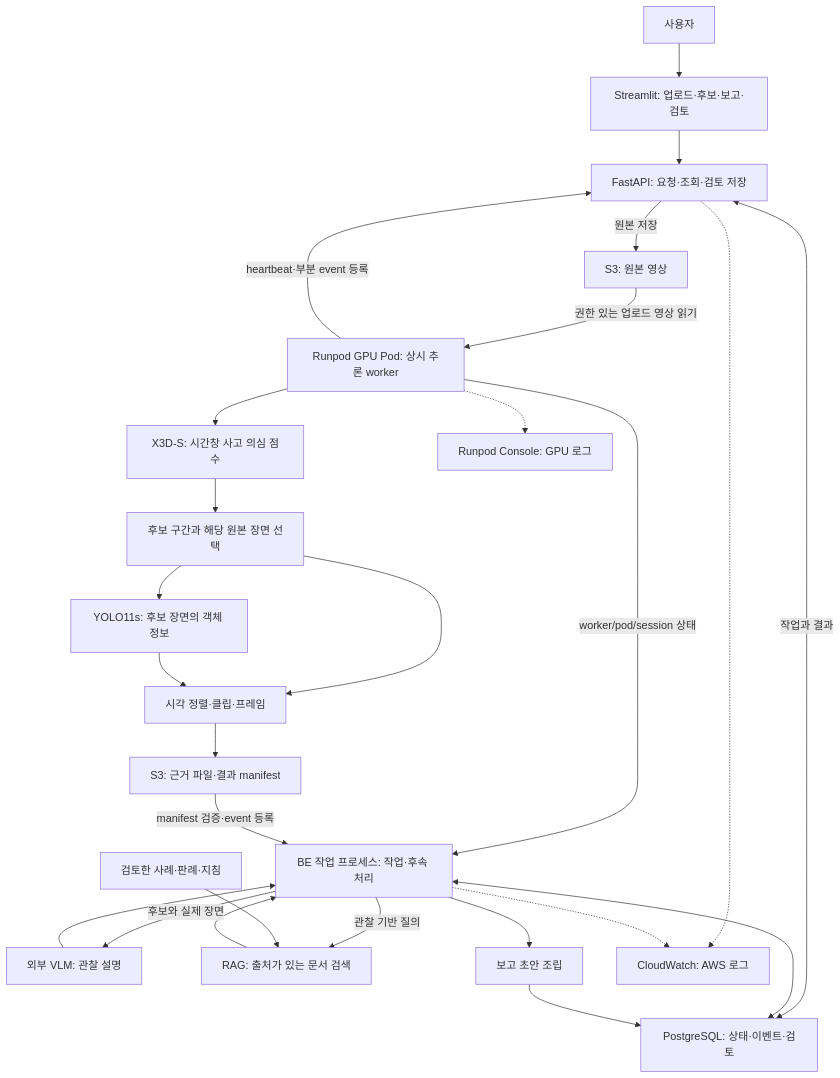
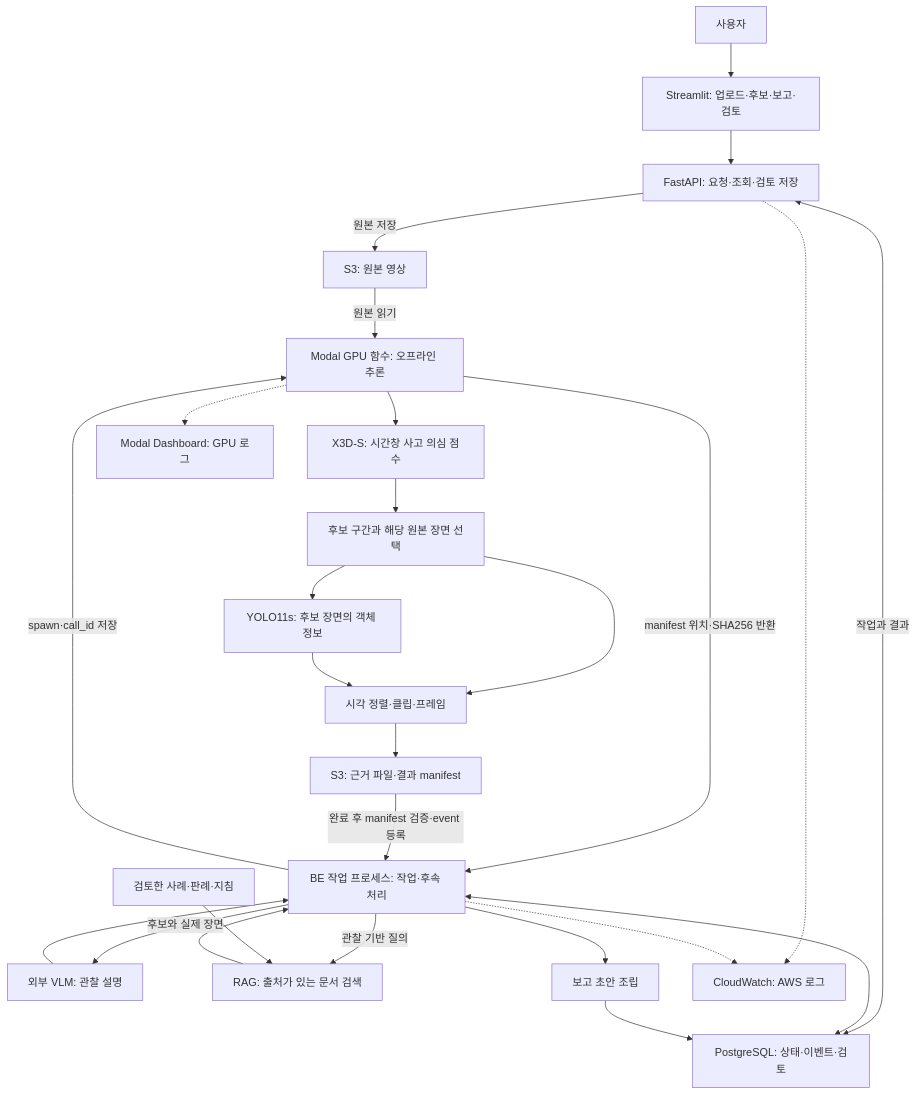
One commit to boramsam-zo/cctv-accident-detector changed the diagram in PROJECT_BRIEF.md. Above: the diagram before and after it, drawn with Mermaid. The commit also changed other lines of this file and 26 other files, not shown here.

````diff
--- a/PROJECT_BRIEF.md
+++ b/PROJECT_BRIEF.md
@@ -44,28 +44,28 @@
 ```mermaid
 flowchart TB
     user["사용자"] --> ui["Streamlit: 업로드·후보·보고·검토"]
     ui --> api["FastAPI: 요청·조회·검토 저장"]
     api -->|"원본 저장"| input["S3: 원본 영상"]
     api <-->|"작업과 결과"| db["PostgreSQL: 상태·이벤트·검토"]
     worker["BE 작업 프로세스: 작업·후속 처리"] <--> db
-    runpod["Runpod GPU Pod: 상시 추론 worker"] -->|"heartbeat·부분 event 등록"| api
-    input -->|"권한 있는 업로드 영상 읽기"| runpod
-    runpod --> x3d["X3D-S: 시간창 사고 의심 점수"]
+    worker -->|"spawn·call_id 저장"| modal["Modal GPU 함수: 오프라인 추론"]
+    input -->|"원본 읽기"| modal
+    modal --> x3d["X3D-S: 시간창 사고 의심 점수"]
     x3d --> candidate["후보 구간과 해당 원본 장면 선택"]
     candidate --> yolo["YOLO11s: 후보 장면의 객체 정보"]
     candidate --> evidence["시각 정렬·클립·프레임"]
     yolo --> evidence
     evidence --> result["S3: 근거 파일·결과 manifest"]
-    runpod -->|"worker/pod/session 상태"| worker
-    result -->|"manifest 검증·event 등록"| worker
+    modal -->|"manifest 위치·SHA256 반환"| worker
+    result -->|"완료 후 manifest 검증·event 등록"| worker
     worker -->|"후보와 실제 장면"| vlm["외부 VLM: 관찰 설명"]
     vlm --> worker
     worker -->|"관찰 기반 질의"| rag["RAG: 출처가 있는 문서 검색"]
     corpus["검토한 사례·판례·지침"] --> rag
     rag --> worker
     worker --> report["보고 초안 조립"]
     report --> db
     api -.-> monitor["CloudWatch: AWS 로그"]
     worker -.-> monitor
-    runpod -.-> dashboard["Runpod Console: GPU 로그"]
+    modal -.-> dashboard["Modal Dashboard: GPU 로그"]
 ```
````
